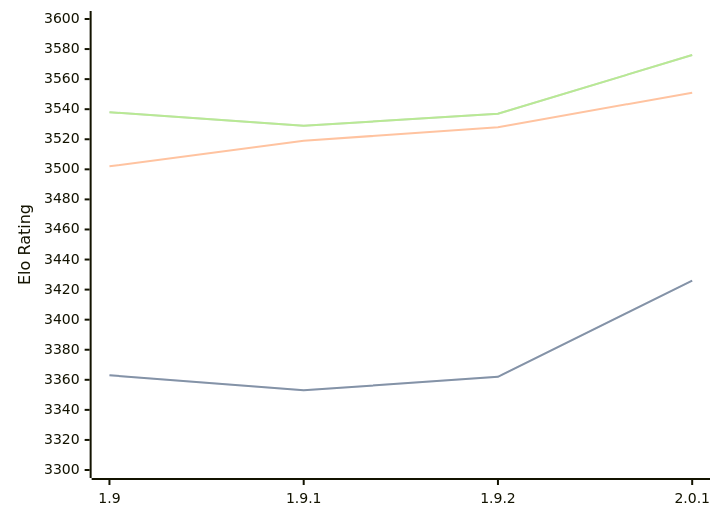
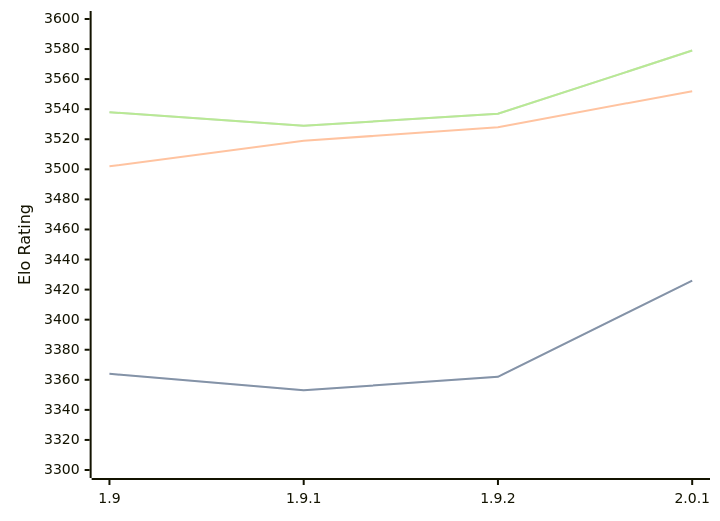
The third of 3 diagrams in engines/Pawnocchio.md (computer-chess-index/cci), drawn with Mermaid before and after one commit. The commit also changed other lines of this file, not shown here.

Commit message:
Update CCI Ratings (ELO VLTC) - 2026-07-07

````diff
--- a/engines/Pawnocchio.md
+++ b/engines/Pawnocchio.md
@@ -83,11 +83,11 @@
 ```mermaid
 %%{init: {"theme":"base","themeVariables":{"seriesColors:['#a3a3a3','#222221','#faa371']}}}%%
 xychart-beta
   x-axis ["1.9", "1.9.1", "1.9.2", "2.0.1"]
   y-axis "Elo Rating" 3300 --> 3600
-  line "STC (8.0+0.08s)" [3363, 3353, 3362, 3426]
-  line "STC (8.0+0.08s)" [3363, 3353, 3362, 3426]
-  line "LTC (60.0+0.60s)" [3502, 3519, 3528, 3551]
-  line "VLTC (2m24s+1.12s)" [3538, 3529, 3537, 3576]
-  line "VLTC (2m24s+1.12s)" [3538, 3529, 3537, 3576]
+  line "STC (8.0+0.08s)" [3364, 3353, 3362, 3426]
+  line "STC (8.0+0.08s)" [3364, 3353, 3362, 3426]
+  line "LTC (60.0+0.60s)" [3502, 3519, 3528, 3552]
+  line "VLTC (2m24s+1.12s)" [3538, 3529, 3537, 3579]
+  line "VLTC (2m24s+1.12s)" [3538, 3529, 3537, 3579]
 ```
````
